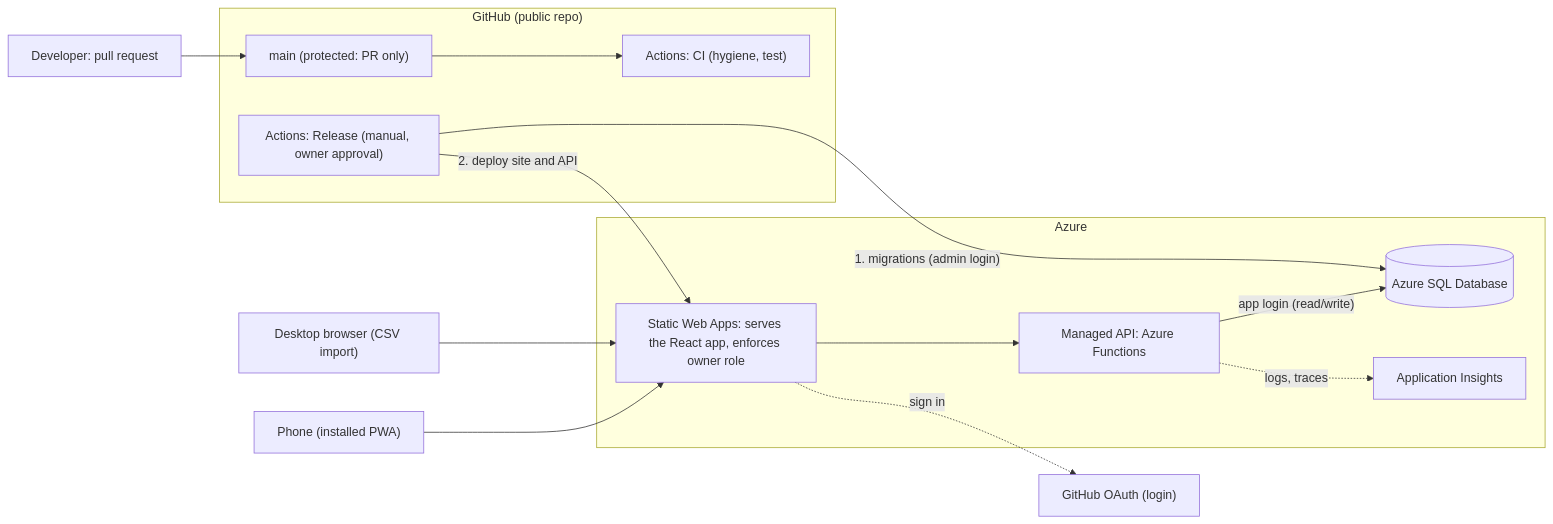
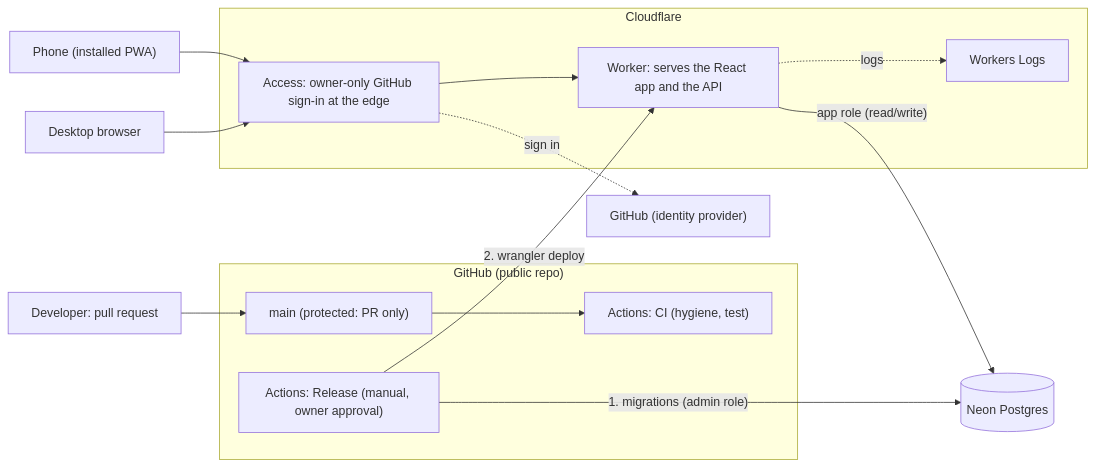
One commit to githubacct54385/life-tracker changed the first of 6 diagrams in ARCHITECTURE.md. Above: the diagram before and after it, drawn with Mermaid. The commit also changed other lines of this file and 12 other files, not shown here.

````diff
--- a/ARCHITECTURE.md
+++ b/ARCHITECTURE.md
@@ -11,32 +13,33 @@
 ```mermaid
 flowchart LR
     phone["Phone (installed PWA)"]
-    desk["Desktop browser (CSV import)"]
-    gh["GitHub OAuth (login)"]
+    desk["Desktop browser"]
+    gh["GitHub (identity provider)"]
     dev["Developer: pull request"]
 
     subgraph github["GitHub (public repo)"]
         main["main (protected: PR only)"]
         ci["Actions: CI (hygiene, test)"]
         rel["Actions: Release (manual, owner approval)"]
     end
 
-    subgraph azure["Azure"]
-        swa["Static Web Apps: serves the React app, enforces owner role"]
-        api["Managed API: Azure Functions"]
-        sql[("Azure SQL Database")]
-        ai["Application Insights"]
+    subgraph cf["Cloudflare"]
+        access["Access: owner-only GitHub sign-in at the edge"]
+        worker["Worker: serves the React app and the API"]
+        logs["Workers Logs"]
     end
 
-    phone --> swa
-    desk --> swa
-    swa -. "sign in" .-> gh
-    swa --> api
-    api -- "app login (read/write)" --> sql
-    api -. "logs, traces" .-> ai
+    neon[("Neon Postgres")]
+
+    phone --> access
+    desk --> access
+    access -. "sign in" .-> gh
+    access --> worker
+    worker -- "app role (read/write)" --> neon
+    worker -. "logs" .-> logs
 
     dev --> main
     main --> ci
-    rel -- "1. migrations (admin login)" --> sql
-    rel -- "2. deploy site and API" --> swa
+    rel -- "1. migrations (admin role)" --> neon
+    rel -- "2. wrangler deploy" --> worker
 ```
````
